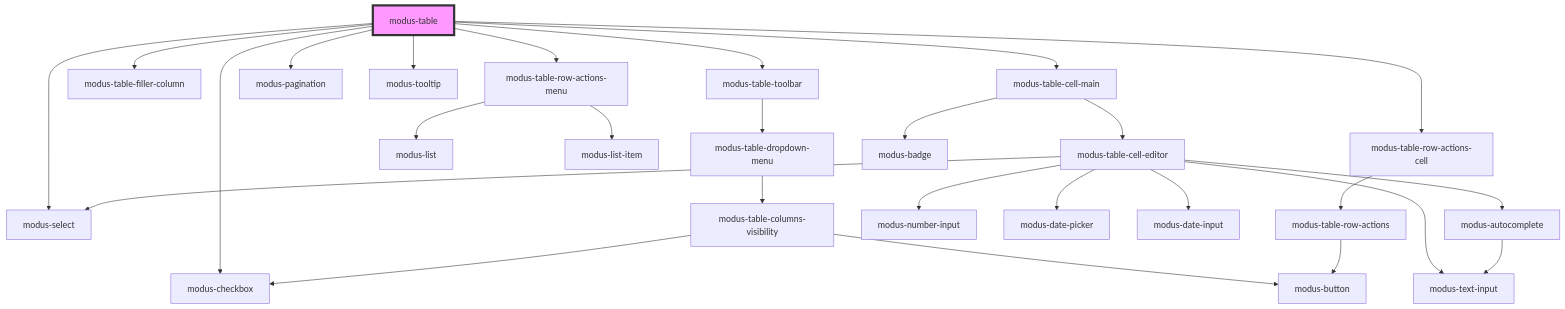
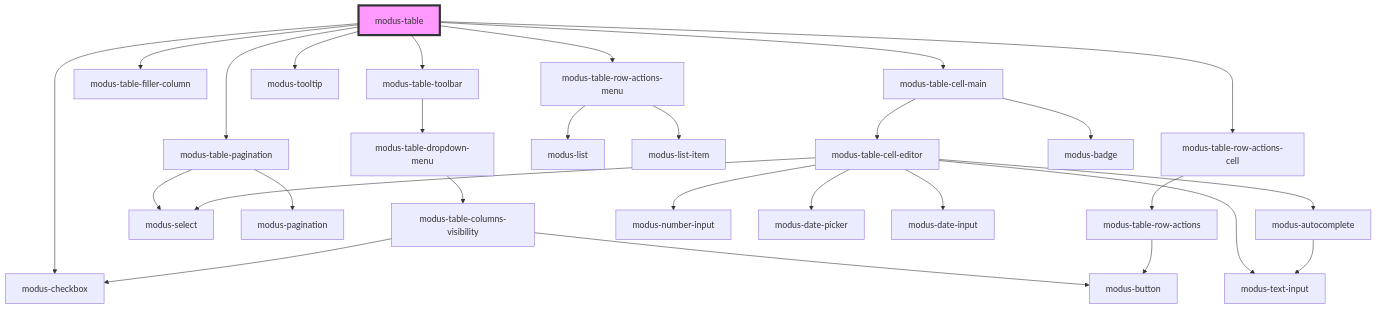
Before and after one commit to trimble-oss/modus-web-components: the diagram in stencil-workspace/src/components/modus-table/readme.md, drawn with Mermaid. The commit also changed other lines of this file and 10 other files, not shown here.

````diff
--- a/stencil-workspace/src/components/modus-table/readme.md
+++ b/stencil-workspace/src/components/modus-table/readme.md
@@ -101,30 +100,31 @@
 ```mermaid
 graph TD;
   modus-table --> modus-table-toolbar
   modus-table --> modus-table-filler-column
+  modus-table --> modus-table-pagination
   modus-table --> modus-table-row-actions-menu
-  modus-table --> modus-select
-  modus-table --> modus-pagination
   modus-table --> modus-tooltip
   modus-table --> modus-checkbox
   modus-table --> modus-table-row-actions-cell
   modus-table --> modus-table-cell-main
   modus-table-toolbar --> modus-table-dropdown-menu
   modus-table-dropdown-menu --> modus-table-columns-visibility
   modus-table-columns-visibility --> modus-checkbox
   modus-table-columns-visibility --> modus-button
+  modus-table-pagination --> modus-select
+  modus-table-pagination --> modus-pagination
   modus-table-row-actions-menu --> modus-list
   modus-table-row-actions-menu --> modus-list-item
   modus-table-row-actions-cell --> modus-table-row-actions
   modus-table-row-actions --> modus-button
   modus-table-cell-main --> modus-table-cell-editor
   modus-table-cell-main --> modus-badge
   modus-table-cell-editor --> modus-number-input
   modus-table-cell-editor --> modus-text-input
   modus-table-cell-editor --> modus-select
   modus-table-cell-editor --> modus-date-picker
   modus-table-cell-editor --> modus-date-input
   modus-table-cell-editor --> modus-autocomplete
   modus-autocomplete --> modus-text-input
   style modus-table fill:#f9f,stroke:#333,stroke-width:4px
 ```
````
